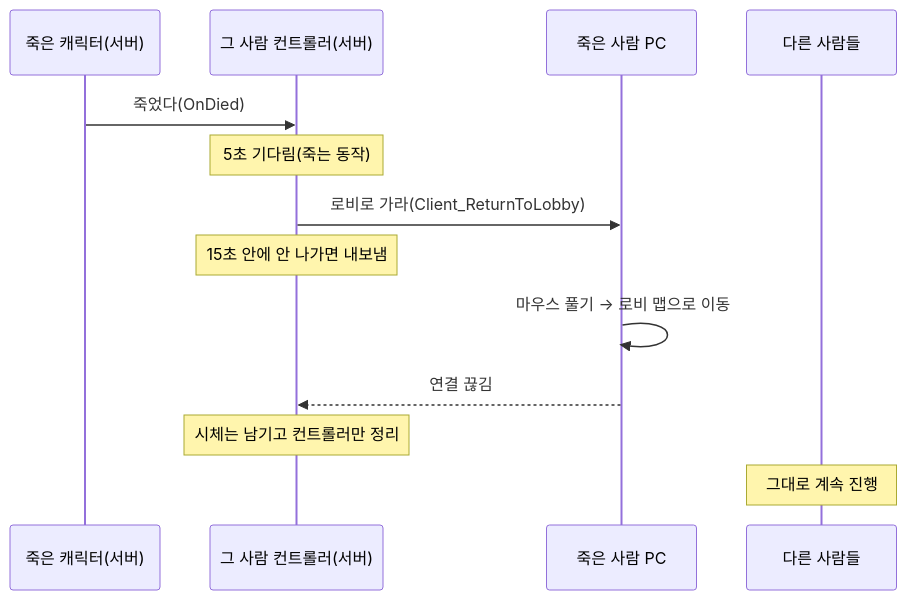
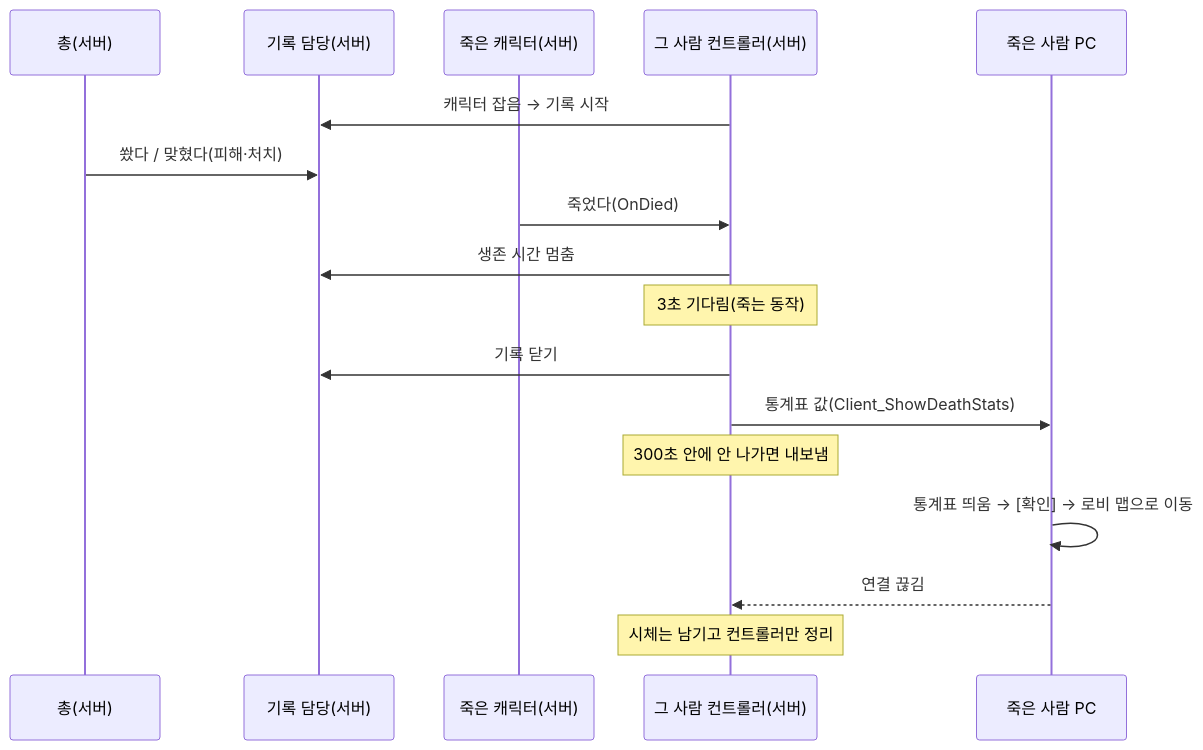
One commit to AssortRock-KDT6-Unreal-PowerAde/ProjectPG changed the diagram in Source/ProjectPG/Private/GameMode/README.md. Above: the diagram before and after it, drawn with Mermaid. The commit also changed other lines of this file and 16 other files, not shown here.

````diff
--- a/Source/ProjectPG/Private/GameMode/README.md
+++ b/Source/ProjectPG/Private/GameMode/README.md
@@ -25,15 +34,19 @@
 ```mermaid
 sequenceDiagram
+    participant Gun as 총(서버)
+    participant RaidStats as 기록 담당(서버)
     participant DeadCharacter as 죽은 캐릭터(서버)
     participant ServerController as 그 사람 컨트롤러(서버)
     participant DeadPlayerPC as 죽은 사람 PC
-    participant OtherPlayers as 다른 사람들
+    ServerController->>RaidStats: 캐릭터 잡음 → 기록 시작
+    Gun->>RaidStats: 쐈다 / 맞혔다(피해·처치)
     DeadCharacter->>ServerController: 죽었다(OnDied)
-    Note over ServerController: 5초 기다림(죽는 동작)
-    ServerController->>DeadPlayerPC: 로비로 가라(Client_ReturnToLobby)
-    Note over ServerController: 15초 안에 안 나가면 내보냄
-    DeadPlayerPC->>DeadPlayerPC: 마우스 풀기 → 로비 맵으로 이동
+    ServerController->>RaidStats: 생존 시간 멈춤
+    Note over ServerController: 3초 기다림(죽는 동작)
+    ServerController->>RaidStats: 기록 닫기
+    ServerController->>DeadPlayerPC: 통계표 값(Client_ShowDeathStats)
+    Note over ServerController: 300초 안에 안 나가면 내보냄
+    DeadPlayerPC->>DeadPlayerPC: 통계표 띄움 → [확인] → 로비 맵으로 이동
     DeadPlayerPC-->>ServerController: 연결 끊김
     Note over ServerController: 시체는 남기고 컨트롤러만 정리
-    Note over OtherPlayers: 그대로 계속 진행
 ```
````
